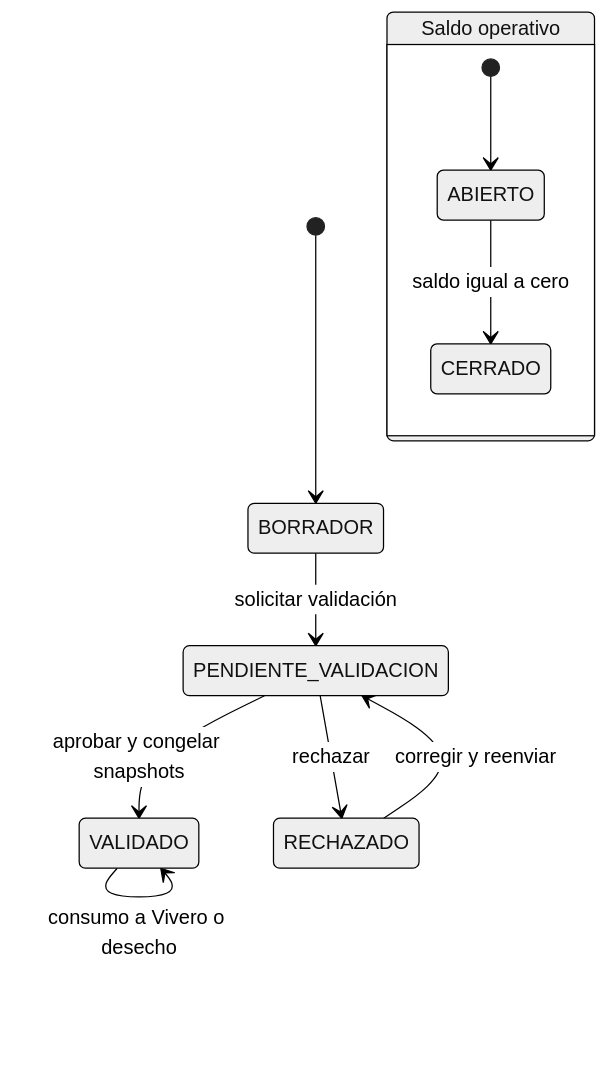
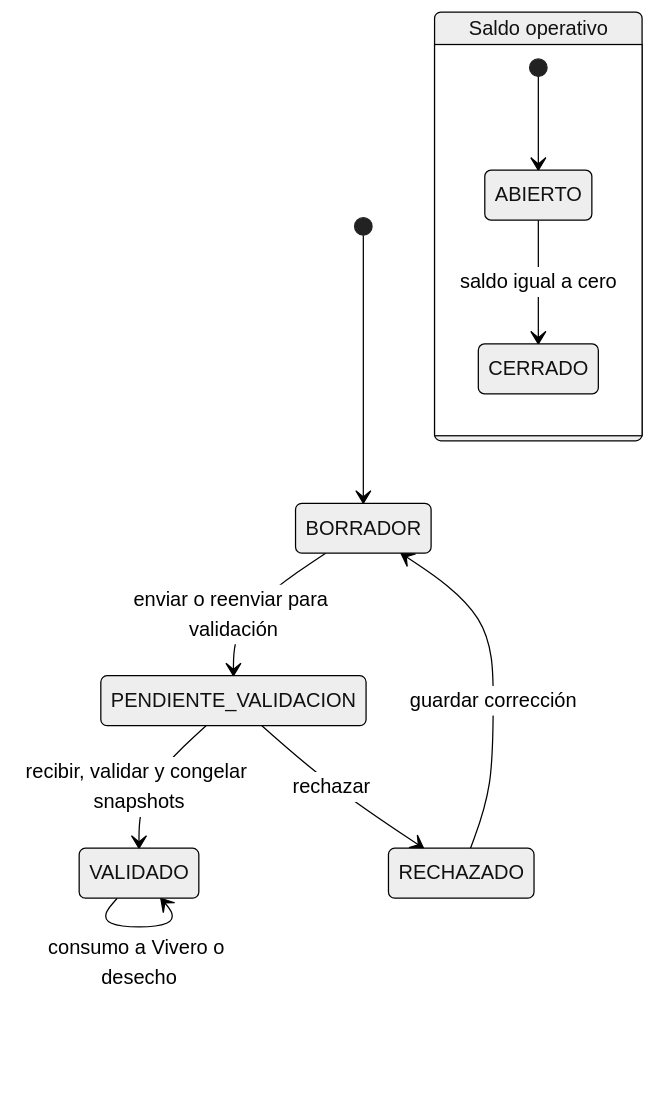
One commit to R3foresta/r3foresta-docs changed the seventh of 18 diagrams in documentacion-grado/06_entregables/proyecto_grado/03_2_fase_elaboracion.md. Above: the diagram before and after it, drawn with Mermaid (neutral theme). The commit also changed other lines of this file and 672 other files, not shown here.

````diff
--- a/documentacion-grado/06_entregables/proyecto_grado/03_2_fase_elaboracion.md
+++ b/documentacion-grado/06_entregables/proyecto_grado/03_2_fase_elaboracion.md
@@ -435,13 +464,14 @@
 ```mermaid
 stateDiagram-v2
+    direction TB
   [*] --> BORRADOR
-  BORRADOR --> PENDIENTE_VALIDACION: solicitar validación
-  PENDIENTE_VALIDACION --> VALIDADO: aprobar y congelar snapshots
+  BORRADOR --> PENDIENTE_VALIDACION: enviar o reenviar para validación
+  PENDIENTE_VALIDACION --> VALIDADO: recibir, validar y congelar snapshots
   PENDIENTE_VALIDACION --> RECHAZADO: rechazar
-  RECHAZADO --> PENDIENTE_VALIDACION: corregir y reenviar
+  RECHAZADO --> BORRADOR: guardar corrección
   VALIDADO --> VALIDADO: consumo a Vivero o desecho
   state "Saldo operativo" as SALDO {
     [*] --> ABIERTO
     ABIERTO --> CERRADO: saldo igual a cero
   }
 ```
````
